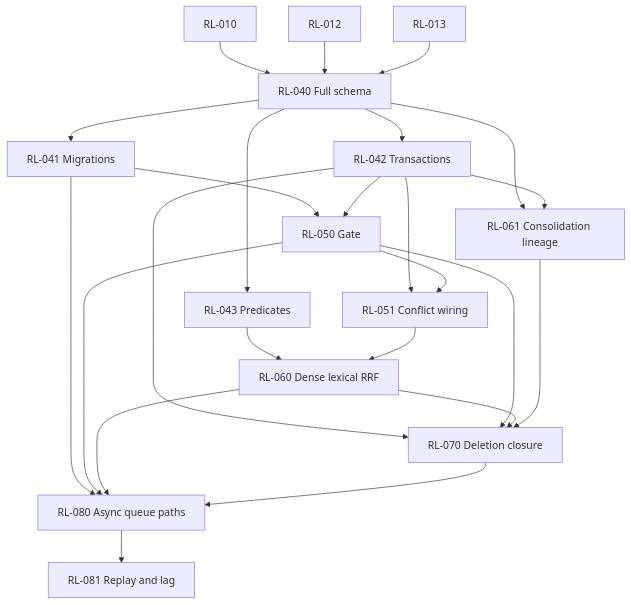
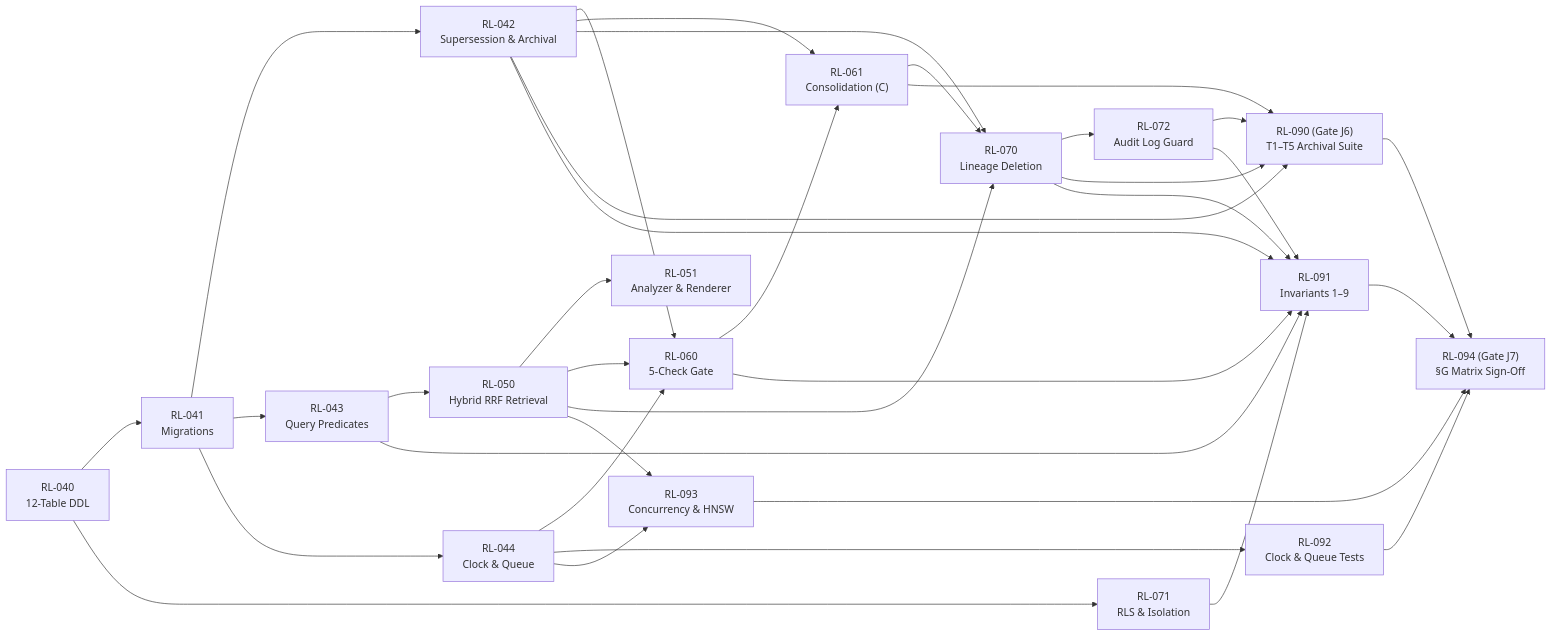
The third of 4 diagrams in research-lab/PLAN/DEPENDENCY_MAP.md (eMinders/ChronaMind), drawn with Mermaid before and after one commit. The commit also changed other lines of this file and 200 other files, not shown here.

````diff
--- a/research-lab/PLAN/DEPENDENCY_MAP.md
+++ b/research-lab/PLAN/DEPENDENCY_MAP.md
@@ -85,26 +118,65 @@
 ```mermaid
-flowchart TD
-    RL010[RL-010] --> RL040[RL-040 Full schema]
-    RL012[RL-012] --> RL040
-    RL013[RL-013] --> RL040
-    RL040 --> RL041[RL-041 Migrations]
-    RL040 --> RL042[RL-042 Transactions]
-    RL040 --> RL043[RL-043 Predicates]
-    RL040 --> RL061[RL-061 Consolidation lineage]
+flowchart LR
+    RL040["RL-040<br/>12-Table DDL"]
+    RL041["RL-041<br/>Migrations"]
+    RL042["RL-042<br/>Supersession & Archival"]
+    RL043["RL-043<br/>Query Predicates"]
+    RL044["RL-044<br/>Clock & Queue"]
+
+    RL050["RL-050<br/>Hybrid RRF Retrieval"]
+    RL051["RL-051<br/>Analyzer & Renderer"]
+
+    RL060["RL-060<br/>5-Check Gate"]
+    RL061["RL-061<br/>Consolidation (C)"]
+
+    RL070["RL-070<br/>Lineage Deletion"]
+    RL071["RL-071<br/>RLS & Isolation"]
+    RL072["RL-072<br/>Audit Log Guard"]
+
+    RL090["RL-090 (Gate J6)<br/>T1–T5 Archival Suite"]
+    RL091["RL-091<br/>Invariants 1–9"]
+    RL092["RL-092<br/>Clock & Queue Tests"]
+    RL093["RL-093<br/>Concurrency & HNSW"]
+    RL094["RL-094 (Gate J7)<br/>§G Matrix Sign-Off"]
+
+    RL040 --> RL041
+    RL041 --> RL042
+    RL041 --> RL043
+    RL041 --> RL044
+
+    RL043 --> RL050
+    RL050 --> RL051
+
+    RL042 --> RL060
+    RL044 --> RL060
+    RL050 --> RL060
     RL042 --> RL061
-    RL041 --> RL050[RL-050 Gate]
-    RL042 --> RL050
-    RL042 --> RL051[RL-051 Conflict wiring]
-    RL050 --> RL051
-    RL043 --> RL060[RL-060 Dense lexical RRF]
-    RL051 --> RL060
-    RL042 --> RL070[RL-070 Deletion closure]
+    RL060 --> RL061
+
+    RL042 --> RL070
     RL050 --> RL070
-    RL060 --> RL070
     RL061 --> RL070
-    RL041 --> RL080[RL-080 Async queue paths]
-    RL050 --> RL080
-    RL060 --> RL080
-    RL070 --> RL080
-    RL080 --> RL081[RL-081 Replay and lag]
+    RL040 --> RL071
+    RL070 --> RL072
+
+    RL042 --> RL090
+    RL061 --> RL090
+    RL070 --> RL090
+    RL072 --> RL090
+
+    RL042 --> RL091
+    RL043 --> RL091
+    RL060 --> RL091
+    RL070 --> RL091
+    RL071 --> RL091
+    RL072 --> RL091
+
+    RL044 --> RL092
+    RL044 --> RL093
+    RL050 --> RL093
+
+    RL090 --> RL094
+    RL091 --> RL094
+    RL092 --> RL094
+    RL093 --> RL094
 ```
````
